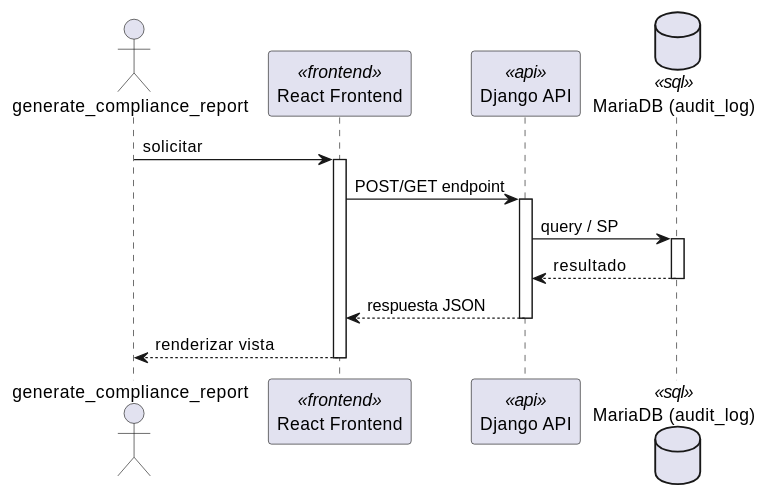
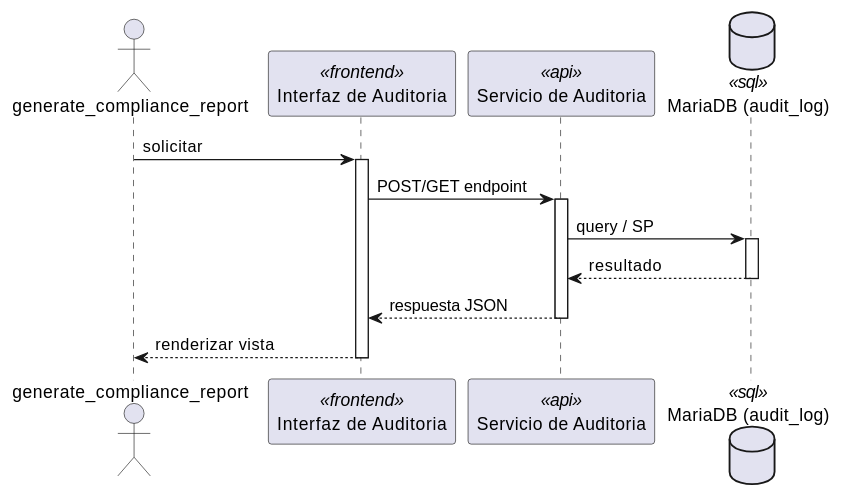
The first of 2 diagrams in source/arquitectura-tecnica/DesignView/aud-04.rst (jcg-admin/IACT-docs), drawn with PlantUML before and after one commit. The commit also changed other lines of this file and 243 other files, not shown here.

First line of the commit message:
Add missing diagrams and fix participant names across Kruchten views

```diff
--- a/source/arquitectura-tecnica/DesignView/aud-04.rst
+++ b/source/arquitectura-tecnica/DesignView/aud-04.rst
@@ -22,28 +22,28 @@
 .. uml::
  :caption: UC_AUD_04 — Design View (secuencia)
 
  @startuml
 
  actor "generate_compliance_report" as generate_compliance_report
- participant "React Frontend" as Frontend <<frontend>>
- participant "Django API" as APIServer <<api>>
- database "MariaDB (audit_log)" as BaseDatos <<sql>>
+ participant "Interfaz de Auditoria" as Iface <<frontend>>
+ participant "Servicio de Auditoria" as SvcNode <<api>>
+ database "MariaDB (audit_log)" as Store <<sql>>
 
- generate_compliance_report -> Frontend : solicitar
- activate Frontend
+ generate_compliance_report -> Iface : solicitar
+ activate Iface
 
- Frontend -> APIServer : POST/GET endpoint
- activate APIServer
+ Iface -> SvcNode : POST/GET endpoint
+ activate SvcNode
 
- APIServer -> BaseDatos : query / SP
- activate BaseDatos
- BaseDatos --> APIServer : resultado
- deactivate BaseDatos
+ SvcNode -> Store : query / SP
+ activate Store
+ Store --> SvcNode : resultado
+ deactivate Store
 
- APIServer --> Frontend : respuesta JSON
- deactivate APIServer
+ SvcNode --> Iface : respuesta JSON
+ deactivate SvcNode
 
- Frontend --> generate_compliance_report : renderizar vista
- deactivate Frontend
+ Iface --> generate_compliance_report : renderizar vista
+ deactivate Iface
 
  @enduml
```
